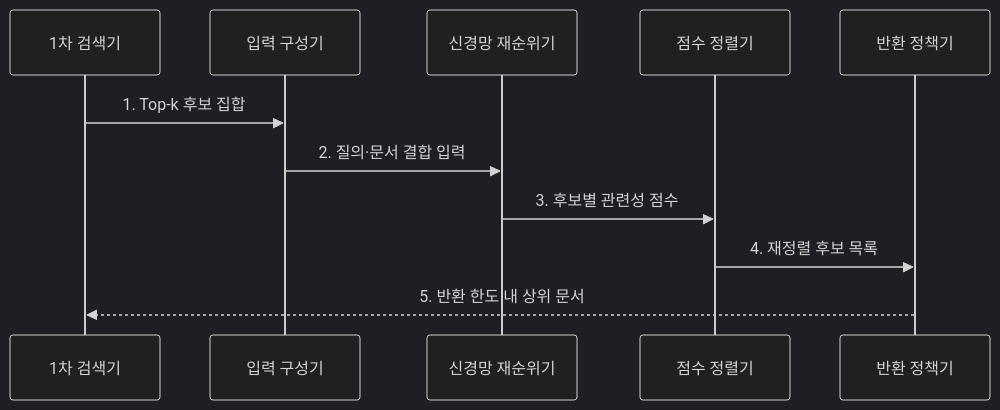
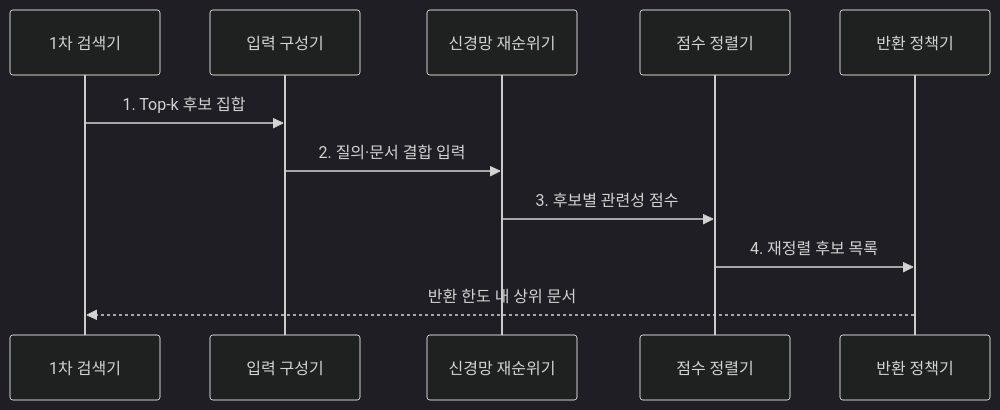
Before and after one commit to agnusdei1207/knowledge-base: the second of 2 diagrams in src/content/docs/notes/08-latest-tech/078_neural_reranker.md, drawn with Mermaid (dark theme). The commit also changed other lines of this file and 225 other files, not shown here.

````diff
--- a/src/content/docs/notes/08-latest-tech/078_neural_reranker.md
+++ b/src/content/docs/notes/08-latest-tech/078_neural_reranker.md
@@ -79,13 +82,13 @@
 ```mermaid
 sequenceDiagram
   participant R as 1차 검색기
   participant B as 입력 구성기
   participant N as 신경망 재순위기
   participant S as 점수 정렬기
   participant P as 반환 정책기
   R->>B: 1. Top-k 후보 집합
   B->>N: 2. 질의·문서 결합 입력
   N->>S: 3. 후보별 관련성 점수
   S->>P: 4. 재정렬 후보 목록
-  P-->>R: 5. 반환 한도 내 상위 문서
+  P-->>R: 반환 한도 내 상위 문서
 ```
````
